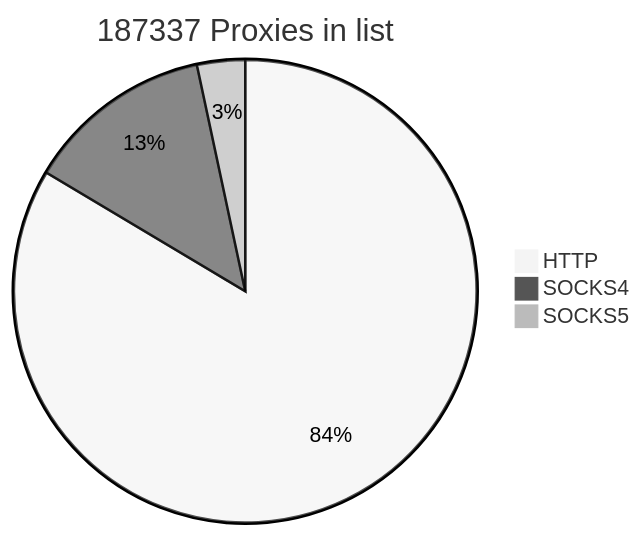
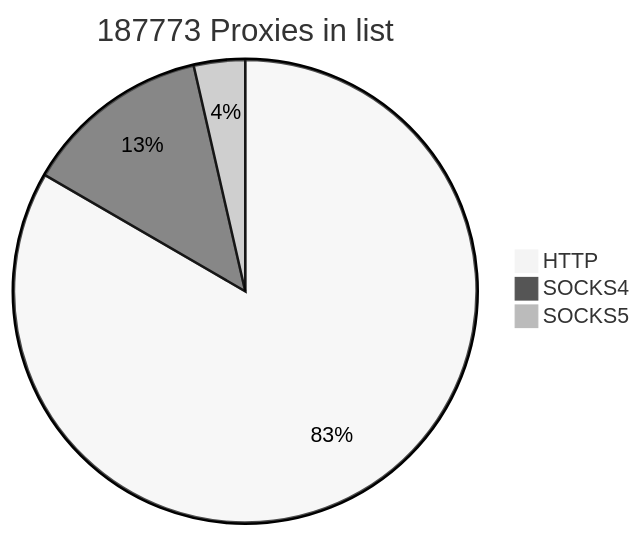
The first of 2 diagrams in README.md (cutipu/proxylist), drawn with Mermaid (neutral theme) before and after one commit. The commit also changed other lines of this file, not shown here.

````diff
--- a/README.md
+++ b/README.md
@@ -2,7 +2,7 @@
 ```mermaid
-pie title 187337 Proxies in list
-    "HTTP" : 156547
+pie title 187773 Proxies in list
+    "HTTP" : 156545
     "SOCKS4" : 24509
-    "SOCKS5" : 6281
+    "SOCKS5" : 6719
             
 ```
````
